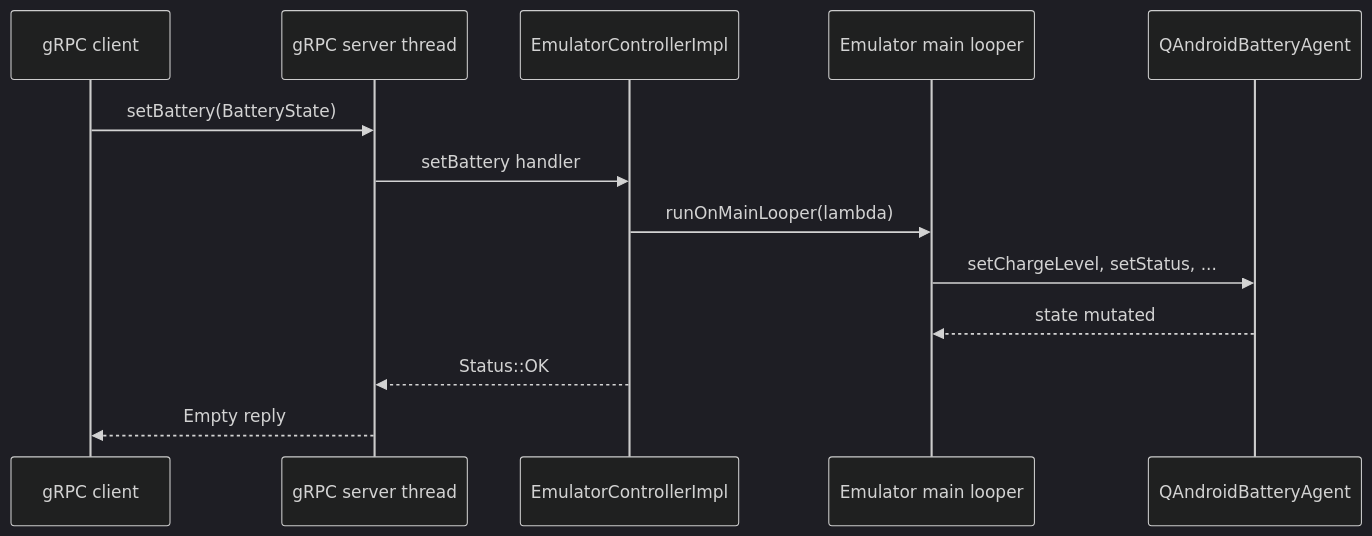
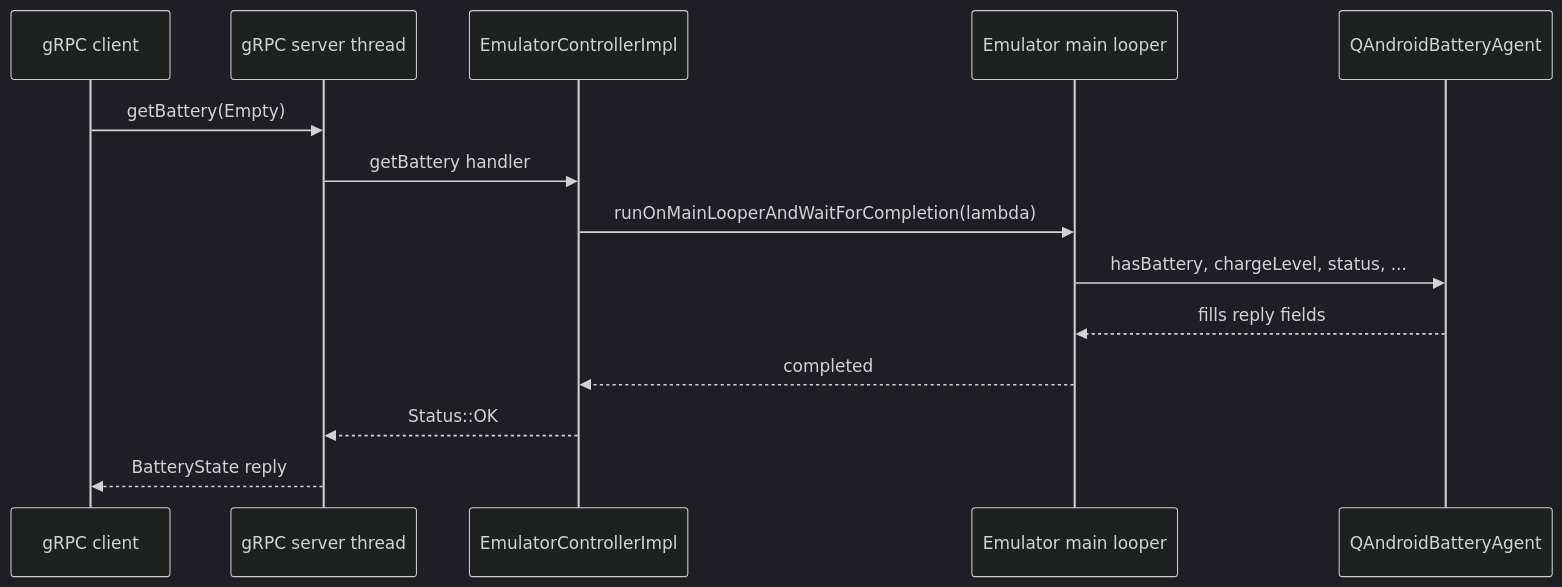
One commit to aospbooks/android-emulator-internal-book changed the fourth of 7 diagrams in 08-console-and-grpc.md. Above: the diagram before and after it, drawn with Mermaid (dark theme). The commit also changed other lines of this file and 31 other files, not shown here.

````diff
--- a/08-console-and-grpc.md
+++ b/08-console-and-grpc.md
@@ -381,15 +381,16 @@
 ```mermaid
 sequenceDiagram
     participant C as gRPC client
     participant S as gRPC server thread
     participant I as EmulatorControllerImpl
     participant L as Emulator main looper
     participant A as QAndroidBatteryAgent
-    C->>S: setBattery(BatteryState)
-    S->>I: setBattery handler
-    I->>L: runOnMainLooper(lambda)
-    L->>A: setChargeLevel, setStatus, ...
-    A-->>L: state mutated
+    C->>S: getBattery(Empty)
+    S->>I: getBattery handler
+    I->>L: runOnMainLooperAndWaitForCompletion(lambda)
+    L->>A: hasBattery, chargeLevel, status, ...
+    A-->>L: fills reply fields
+    L-->>I: completed
     I-->>S: Status::OK
-    S-->>C: Empty reply
+    S-->>C: BatteryState reply
 ```
````
